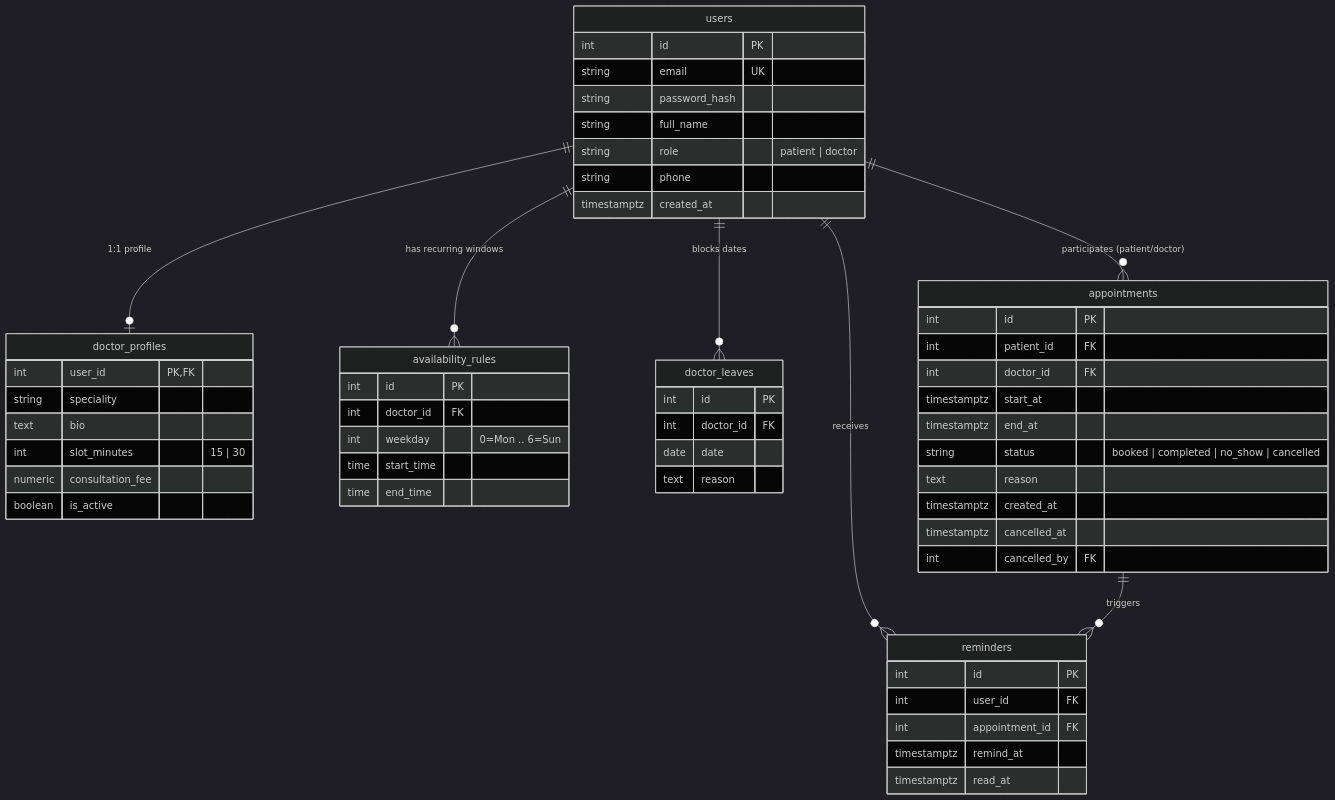
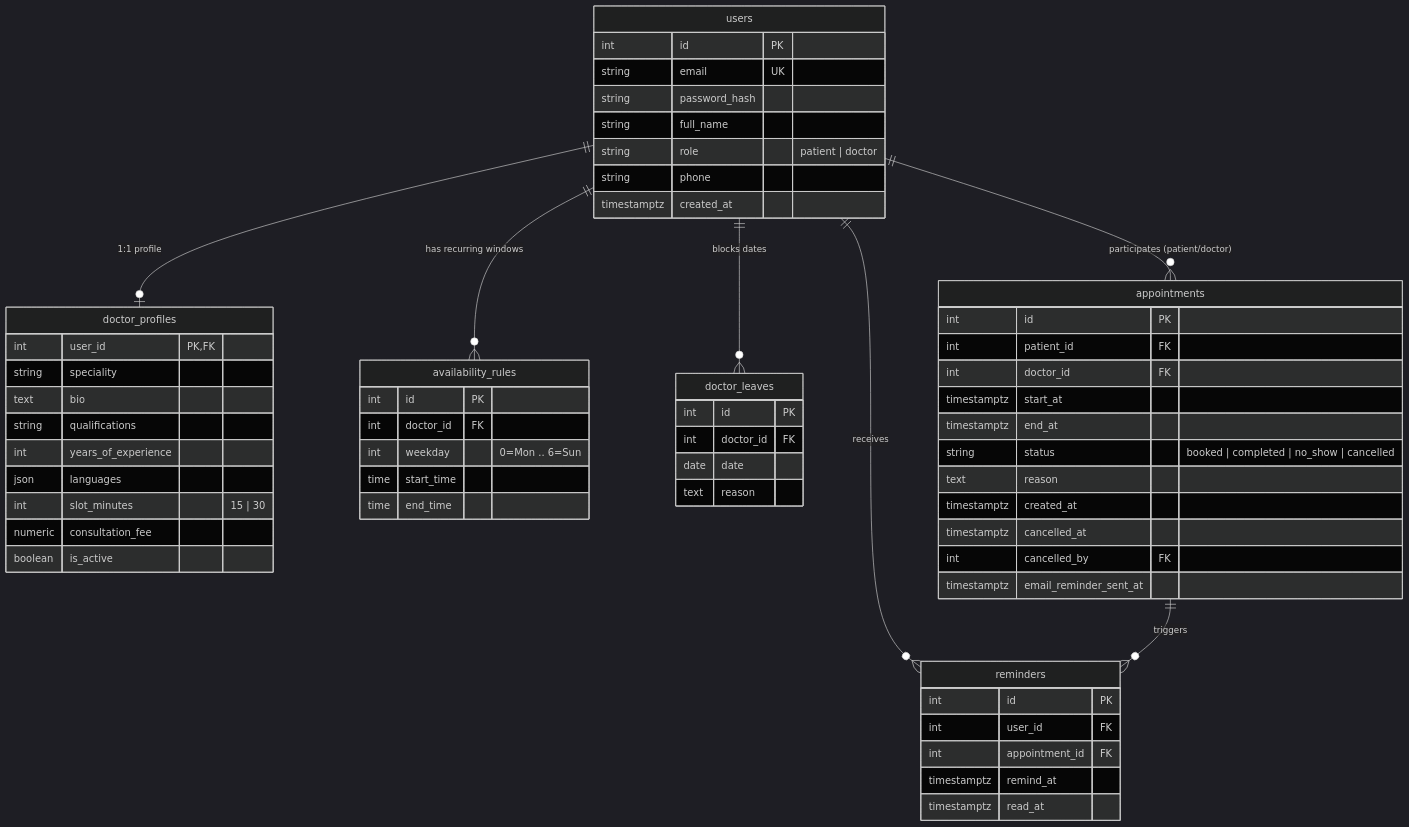
The diagram in README.md (vebhav-code/Clinic_Appointment_Booking), drawn with Mermaid (dark theme) before and after one commit. The commit also changed other lines of this file and 43 other files, not shown here.

````diff
--- a/README.md
+++ b/README.md
@@ -41,64 +34,68 @@
 ```mermaid
 erDiagram
     users ||--o| doctor_profiles : "1:1 profile"
     users ||--o{ availability_rules : "has recurring windows"
     users ||--o{ doctor_leaves : "blocks dates"
     users ||--o{ appointments : "participates (patient/doctor)"
     users ||--o{ reminders : "receives"
     appointments ||--o{ reminders : "triggers"
 
     users {
         int id PK
         string email UK
         string password_hash
         string full_name
         string role "patient | doctor"
         string phone
         timestamptz created_at
     }
 
     doctor_profiles {
         int user_id PK, FK
         string speciality
         text bio
+        string qualifications
+        int years_of_experience
+        json languages
         int slot_minutes "15 | 30"
         numeric consultation_fee
         boolean is_active
     }
 
     availability_rules {
         int id PK
         int doctor_id FK
         int weekday "0=Mon .. 6=Sun"
         time start_time
         time end_time
     }
 
     doctor_leaves {
         int id PK
         int doctor_id FK
         date date
         text reason
     }
 
     appointments {
         int id PK
         int patient_id FK
         int doctor_id FK
         timestamptz start_at
         timestamptz end_at
         string status "booked | completed | no_show | cancelled"
         text reason
         timestamptz created_at
         timestamptz cancelled_at
         int cancelled_by FK
+        timestamptz email_reminder_sent_at
     }
 
     reminders {
         int id PK
         int user_id FK
         int appointment_id FK
         timestamptz remind_at
         timestamptz read_at
     }
 ```
````
